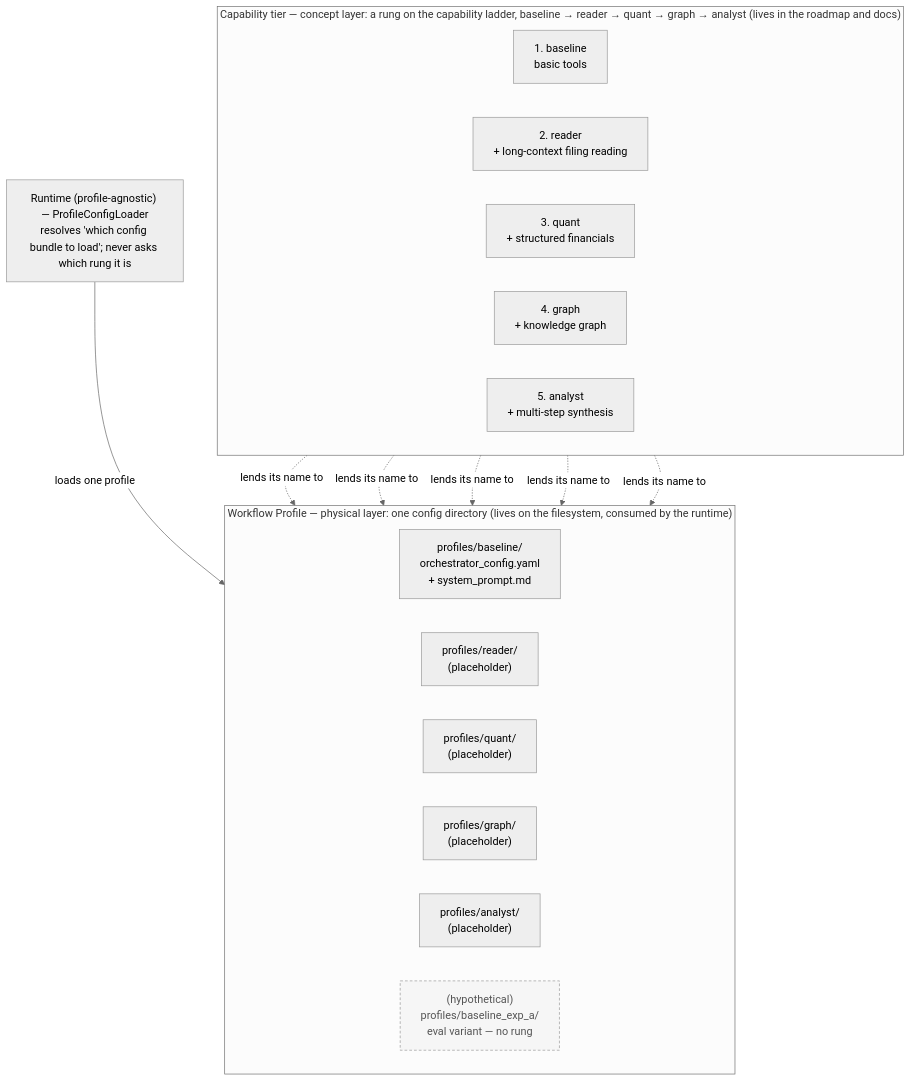
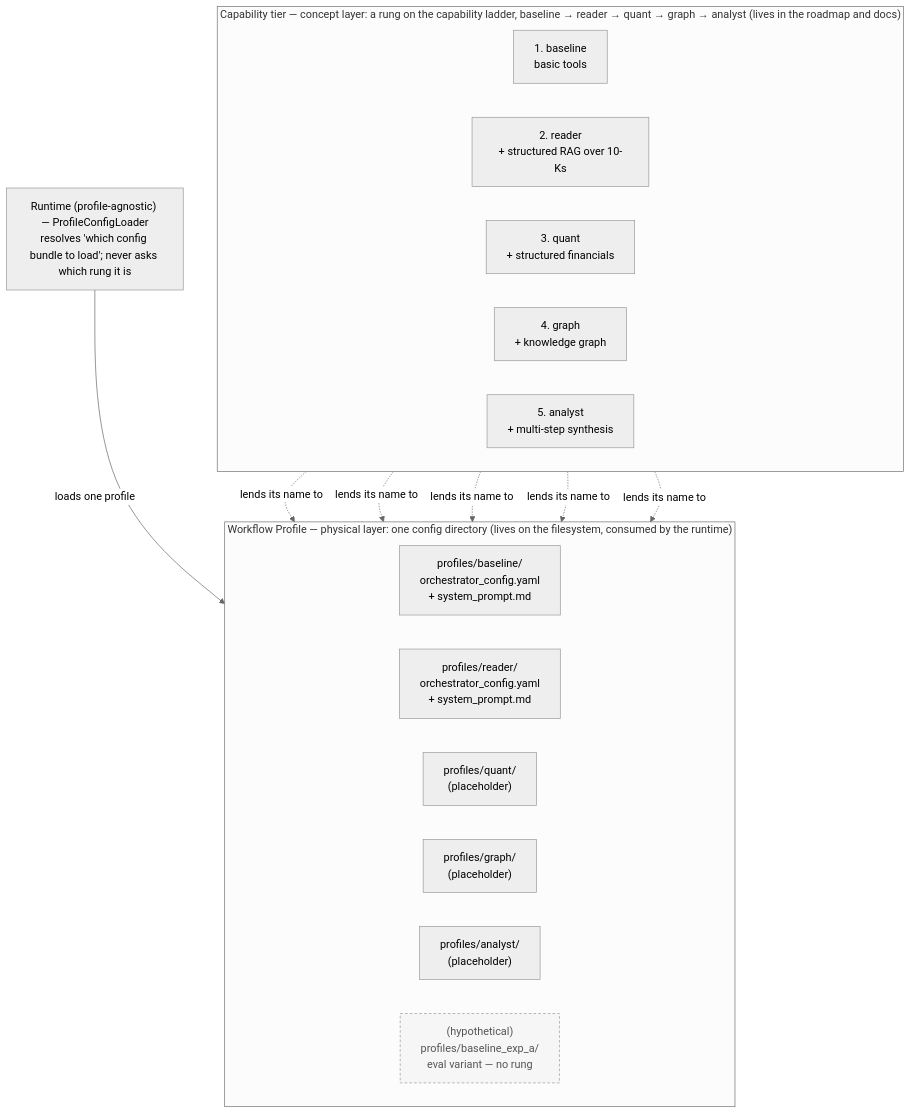
Before and after one commit to wei-yiting/fin-lab-x: the first of 3 diagrams in docs/agent_architecture.md, drawn with Mermaid (neutral theme). The commit also changed other lines of this file and 45 other files, not shown here.

First line of the commit message:
feat(agent): sec_filing_search RAG tool with stable citation IDs (DEV-142, DEV-130)

````diff
--- a/docs/agent_architecture.md
+++ b/docs/agent_architecture.md
@@ -62,33 +62,33 @@
 ```mermaid
 flowchart TB
     subgraph concept["Capability tier — concept layer: a rung on the capability ladder, baseline → reader → quant → graph → analyst (lives in the roadmap and docs)"]
         direction LR
         T1["1. baseline<br/>basic tools"]
-        T2["2. reader<br/>+ long-context filing reading"]
+        T2["2. reader<br/>+ structured RAG over 10-Ks"]
         T3["3. quant<br/>+ structured financials"]
         T4["4. graph<br/>+ knowledge graph"]
         T5["5. analyst<br/>+ multi-step synthesis"]
     end
 
     subgraph physical["Workflow Profile — physical layer: one config directory (lives on the filesystem, consumed by the runtime)"]
         direction LR
         P1["profiles/baseline/<br/>orchestrator_config.yaml<br/>+ system_prompt.md"]
-        P2["profiles/reader/<br/>(placeholder)"]
+        P2["profiles/reader/<br/>orchestrator_config.yaml<br/>+ system_prompt.md"]
         P3["profiles/quant/<br/>(placeholder)"]
         P4["profiles/graph/<br/>(placeholder)"]
         P5["profiles/analyst/<br/>(placeholder)"]
         PX["(hypothetical)<br/>profiles/baseline_exp_a/<br/>eval variant — no rung"]
     end
 
     T1 -. "lends its name to" .-> P1
     T2 -. "lends its name to" .-> P2
     T3 -. "lends its name to" .-> P3
     T4 -. "lends its name to" .-> P4
     T5 -. "lends its name to" .-> P5
 
     RT["Runtime (profile-agnostic) — ProfileConfigLoader<br/>resolves 'which config bundle to load'; never asks which rung it is"]
     RT -- "loads one profile" --> P1
 
     classDef hypo fill:#f6f6f6,stroke:#999,stroke-dasharray:4 3,color:#555
     class PX hypo
 ```
````
